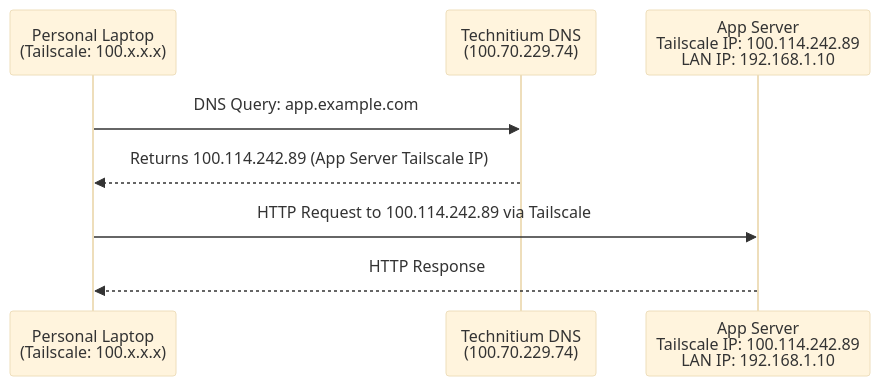
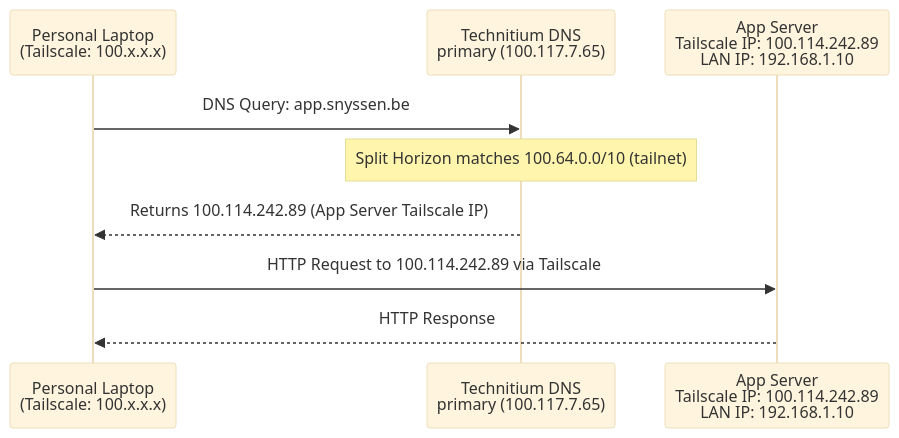
One commit to snyssen/mother-of-all-infra changed the third of 5 diagrams in docs/nix/network.md. Above: the diagram before and after it, drawn with Mermaid (base theme). The commit also changed other lines of this file and 1 other file, not shown here.

````diff
--- a/docs/nix/network.md
+++ b/docs/nix/network.md
@@ -34,12 +131,13 @@
 ```mermaid
 sequenceDiagram
     participant Personal as Personal Laptop<br/>(Tailscale: 100.x.x.x)
-    participant TechDNS as Technitium DNS<br/>(100.70.229.74)
+    participant TechDNS as Technitium DNS<br/>primary (100.117.7.65)
     participant AppServer as App Server<br/>Tailscale IP: 100.114.242.89<br/>LAN IP: 192.168.1.10
 
-    Personal->>TechDNS: DNS Query: app.example.com
+    Personal->>TechDNS: DNS Query: app.snyssen.be
+    Note over TechDNS: Split Horizon matches 100.64.0.0/10 (tailnet)
     TechDNS-->>Personal: Returns 100.114.242.89 (App Server Tailscale IP)
 
     Personal->>AppServer: HTTP Request to 100.114.242.89 via Tailscale
     AppServer-->>Personal: HTTP Response
 ```
````
